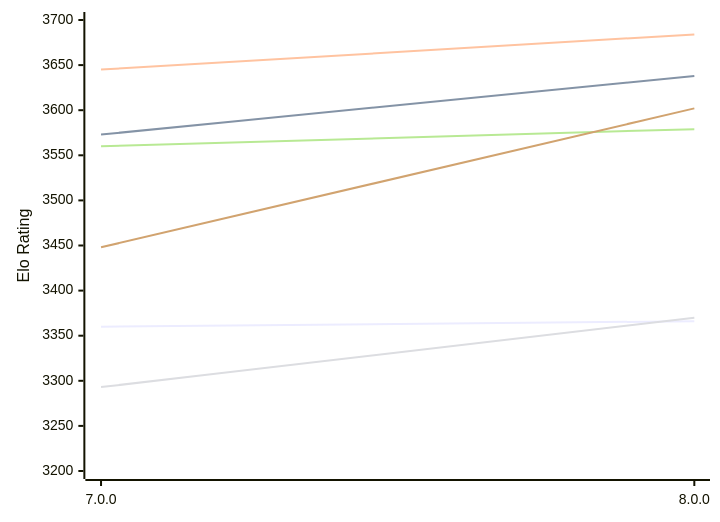
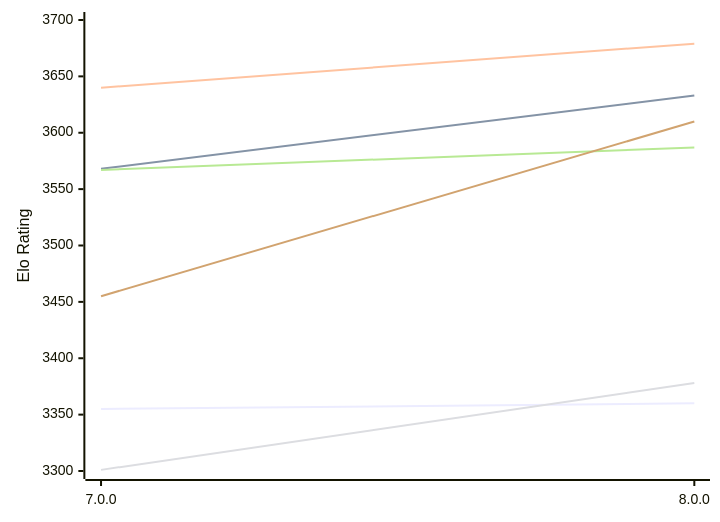
The first of 2 diagrams in engines/Stormphrax.md (computer-chess-index/cci), drawn with Mermaid before and after one commit. The commit also changed other lines of this file, not shown here.

Commit message:
Update CCI Ratings (ELO VLTC) - 2026-11-18

````diff
--- a/engines/Stormphrax.md
+++ b/engines/Stormphrax.md
@@ -52,12 +52,12 @@
 ```mermaid
 %%{init: {"theme":"base","themeVariables":{"seriesColors:['#a3a3a3','#222221','#faa371']}}}%%
 xychart-beta
   x-axis ["7.0.0", "8.0.0"]
-  y-axis "Elo Rating" 3200 --> 3700
-  line "E1: STC (8.0+0.08s)" [3360, 3366]
-  line "E1: LTC (60.0+0.60s)" [3573, 3638]
-  line "E1: VLTC (2m24s+1.12s)" [3645, 3684]
-  line "P1: STC (8.0+0.08s)" [3293, 3370]
-  line "P1: LTC (60.0+0.60s)" [3560, 3579]
-  line "P1: VLTC (2m24s+1.12s)" [3448, 3602]
+  y-axis "Elo Rating" 3300 --> 3700
+  line "E1: STC (8.0+0.08s)" [3355, 3360]
+  line "E1: LTC (60.0+0.60s)" [3568, 3633]
+  line "E1: VLTC (2m24s+1.12s)" [3640, 3679]
+  line "P1: STC (8.0+0.08s)" [3301, 3378]
+  line "P1: LTC (60.0+0.60s)" [3567, 3587]
+  line "P1: VLTC (2m24s+1.12s)" [3455, 3610]
 ```
````
